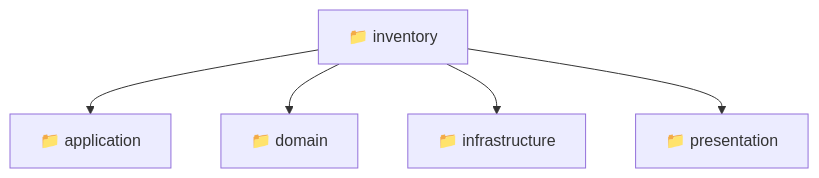
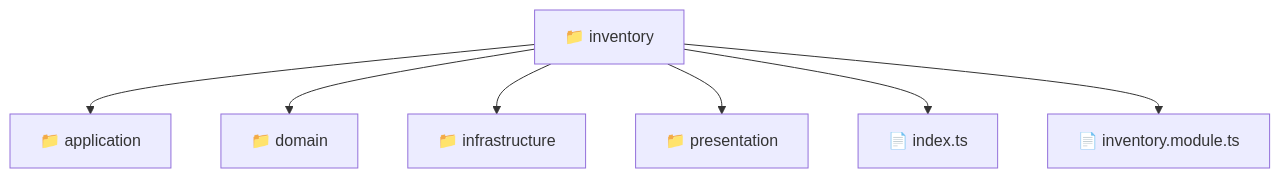
The diagram in backend/src/modules/inventory/README.md (beginwebdev2002/fullstack-mavluda), drawn with Mermaid before and after one commit. The commit also changed other lines of this file and 157 other files, not shown here.

First line of the commit message:
docs: generate localized readmes for architectural transparency

````diff
--- a/backend/src/modules/inventory/README.md
+++ b/backend/src/modules/inventory/README.md
@@ -9,8 +11,10 @@
 ```mermaid
 graph TD
   inventory["📁 inventory"]
-  inventory --> application["📁 application"]
-  inventory --> domain["📁 domain"]
-  inventory --> infrastructure["📁 infrastructure"]
-  inventory --> presentation["📁 presentation"]
+  inventory --> inventory_application["📁 application"]
+  inventory --> inventory_domain["📁 domain"]
+  inventory --> inventory_infrastructure["📁 infrastructure"]
+  inventory --> inventory_presentation["📁 presentation"]
+  inventory --> inventory_index_ts["📄 index.ts"]
+  inventory --> inventory_inventory_module_ts["📄 inventory.module.ts"]
 ```
````
